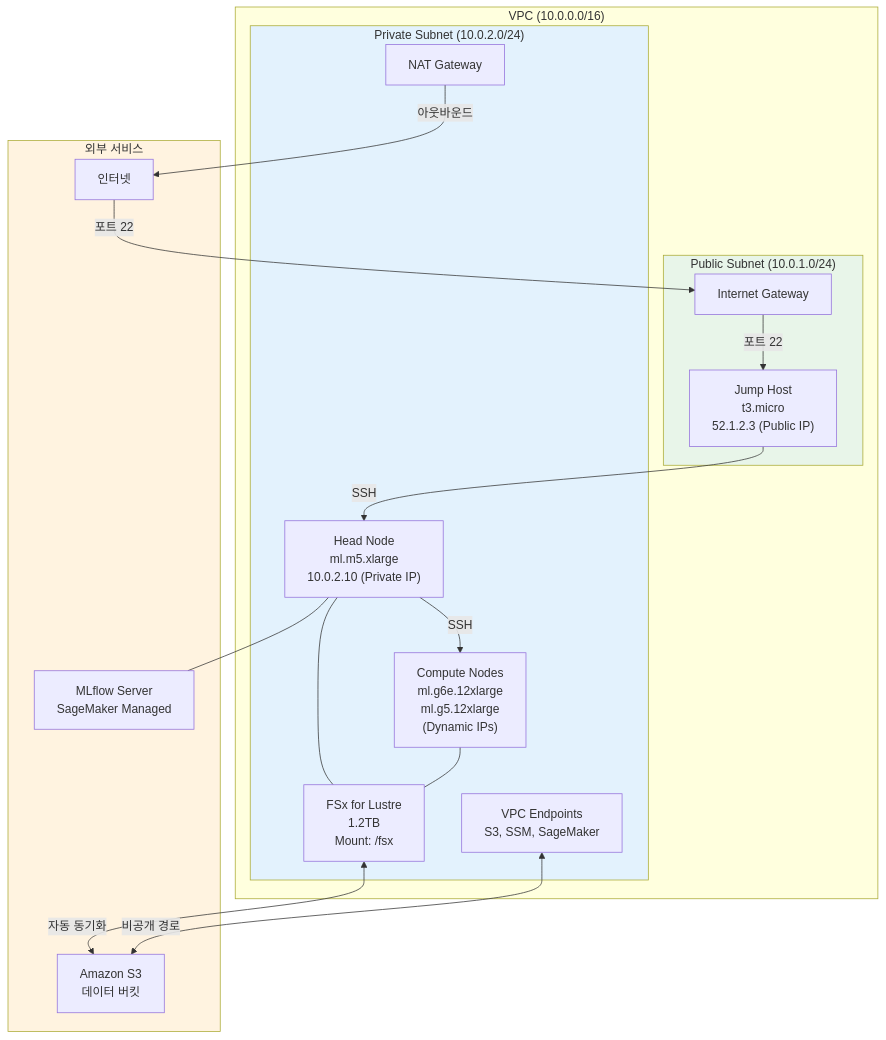
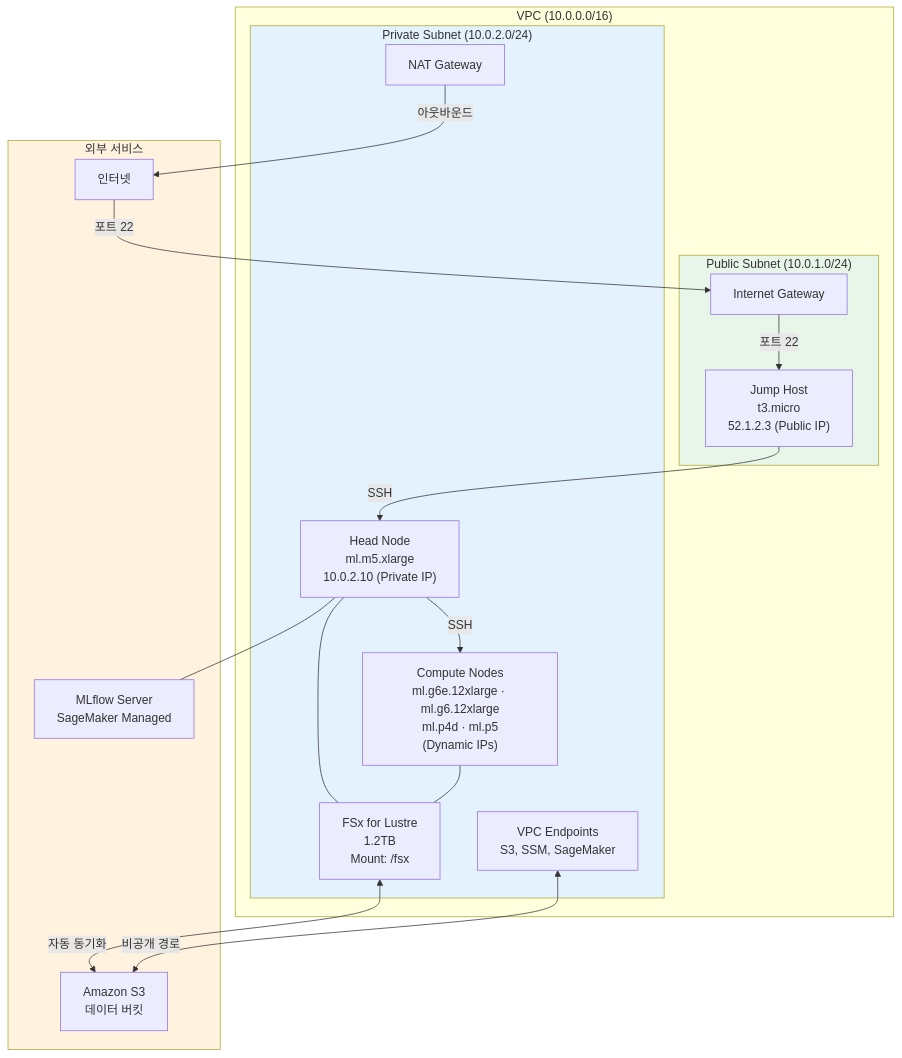
The second of 2 diagrams in physical-ai-on-aws-guide/hyperpod-distributed-training/1.-infra-deploy.md (seokjushin/physical-ai-aws-docs), drawn with Mermaid before and after one commit. The commit also changed other lines of this file and 5 other files, not shown here.

````diff
--- a/physical-ai-on-aws-guide/hyperpod-distributed-training/1.-infra-deploy.md
+++ b/physical-ai-on-aws-guide/hyperpod-distributed-training/1.-infra-deploy.md
@@ -357,37 +405,37 @@
 ```mermaid
 flowchart TB
     subgraph VPC["VPC (10.0.0.0/16)"]
         subgraph Public["Public Subnet (10.0.1.0/24)"]
             Jump["Jump Host<br/>t3.micro<br/>52.1.2.3 (Public IP)"]
             IGW["Internet Gateway"]
         end
         subgraph Private["Private Subnet (10.0.2.0/24)"]
             Head["Head Node<br/>ml.m5.xlarge<br/>10.0.2.10 (Private IP)"]
-            Compute["Compute Nodes<br/>ml.g6e.12xlarge<br/>ml.g5.12xlarge<br/>(Dynamic IPs)"]
+            Compute["Compute Nodes<br/>ml.g6e.12xlarge · ml.g6.12xlarge<br/>ml.p4d · ml.p5<br/>(Dynamic IPs)"]
             FSx["FSx for Lustre<br/>1.2TB<br/>Mount: /fsx"]
             EP["VPC Endpoints<br/>S3, SSM, SageMaker"]
             NAT["NAT Gateway"]
         end
     end
 
     subgraph External["외부 서비스"]
         S3["Amazon S3<br/>데이터 버킷"]
         MLflow["MLflow Server<br/>SageMaker Managed"]
         Internet["인터넷"]
     end
 
     Internet -->|포트 22| IGW
     IGW -->|포트 22| Jump
     Jump -->|SSH| Head
     Head -->|SSH| Compute
     Head --- FSx
     Compute --- FSx
     FSx <-->|자동 동기화| S3
     EP <-->|비공개 경로| S3
     NAT -->|아웃바운드| Internet
     Head --- MLflow
 
     style Public fill:#e8f5e9
     style Private fill:#e3f2fd
     style External fill:#fff3e0
 ```
````
